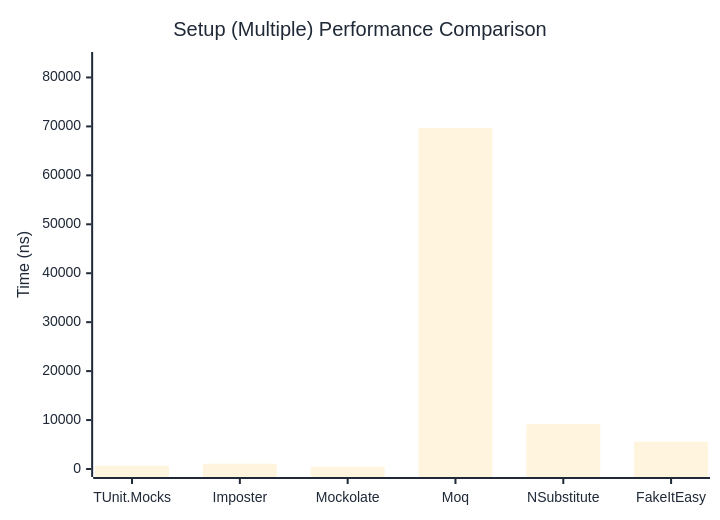
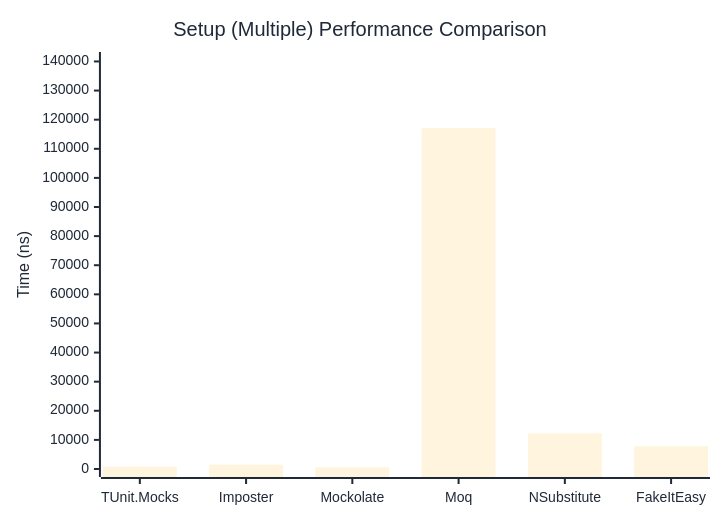
The second of 2 diagrams in docs/docs/benchmarks/mocks/Setup.md (thomhurst/TUnit), drawn with Mermaid before and after one commit. The commit also changed other lines of this file and 14 other files, not shown here.

````diff
--- a/docs/docs/benchmarks/mocks/Setup.md
+++ b/docs/docs/benchmarks/mocks/Setup.md
@@ -71,27 +71,27 @@
 ```mermaid
 %%{init: {
   'theme':'base',
   'themeVariables': {
     'primaryColor': '#2563eb',
     'primaryTextColor': '#1f2937',
     'primaryBorderColor': '#1e40af',
     'lineColor': '#6b7280',
     'secondaryColor': '#7c3aed',
     'tertiaryColor': '#dc2626',
     'background': '#ffffff',
     'pie1': '#2563eb',
     'pie2': '#7c3aed',
     'pie3': '#dc2626',
     'pie4': '#f59e0b',
     'pie5': '#10b981',
     'pie6': '#06b6d4',
     'pie7': '#ec4899',
     'pie8': '#6366f1'
   }
 }}%%
 xychart-beta
   title "Setup (Multiple) Performance Comparison"
   x-axis ["TUnit.Mocks", "Imposter", "Mockolate", "Moq", "NSubstitute", "FakeItEasy"]
-  y-axis "Time (ns)" 0 --> 83568
-  bar [635.2, 1079, 448.5, 69640, 9148.3, 5581.4]
+  y-axis "Time (ns)" 0 --> 140498
+  bar [818.1, 1489.2, 595.3, 117081.2, 12231.7, 7811.1]
 ```
````
